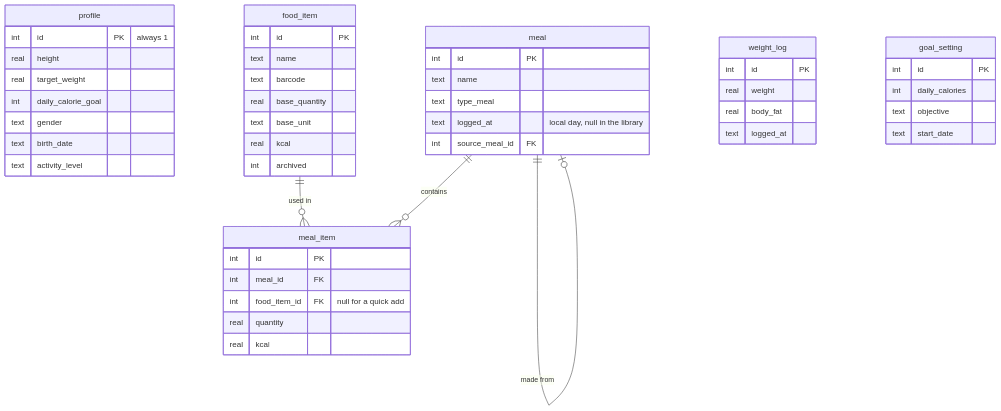
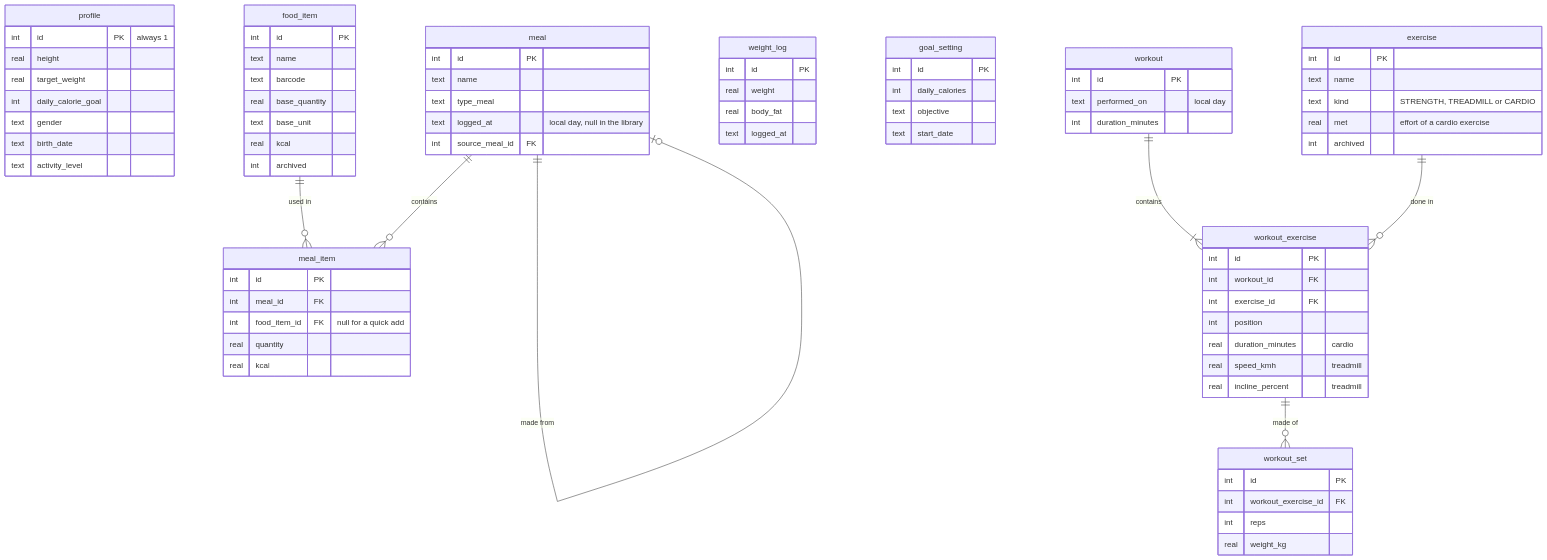
One commit to natamun/catchmeal-mobile changed the diagram in README.md. Above: the diagram before and after it, drawn with Mermaid. The commit also changed other lines of this file, not shown here.

Commit message:
docs: describe the training tab

````diff
--- a/README.md
+++ b/README.md
@@ -46,51 +48,81 @@
 ```mermaid
 erDiagram
     profile {
         int id PK "always 1"
         real height
         real target_weight
         int daily_calorie_goal
         text gender
         text birth_date
         text activity_level
     }
     food_item {
         int id PK
         text name
         text barcode
         real base_quantity
         text base_unit
         real kcal
         int archived
     }
     meal {
         int id PK
         text name
         text type_meal
         text logged_at "local day, null in the library"
         int source_meal_id FK
     }
     meal_item {
         int id PK
         int meal_id FK
         int food_item_id FK "null for a quick add"
         real quantity
         real kcal
     }
     weight_log {
         int id PK
         real weight
         real body_fat
         text logged_at
     }
     goal_setting {
         int id PK
         int daily_calories
         text objective
         text start_date
     }
+    exercise {
+        int id PK
+        text name
+        text kind "STRENGTH, TREADMILL or CARDIO"
+        real met "effort of a cardio exercise"
+        int archived
+    }
+    workout {
+        int id PK
+        text performed_on "local day"
+        int duration_minutes
+    }
+    workout_exercise {
+        int id PK
+        int workout_id FK
+        int exercise_id FK
+        int position
+        real duration_minutes "cardio"
+        real speed_kmh "treadmill"
+        real incline_percent "treadmill"
+    }
+    workout_set {
+        int id PK
+        int workout_exercise_id FK
+        int reps
+        real weight_kg
+    }
 
     meal ||--o{ meal_item : "contains"
     meal ||--o| meal : "made from"
     food_item ||--o{ meal_item : "used in"
+    workout ||--|{ workout_exercise : "contains"
+    exercise ||--o{ workout_exercise : "done in"
+    workout_exercise ||--o{ workout_set : "made of"
 ```
````
